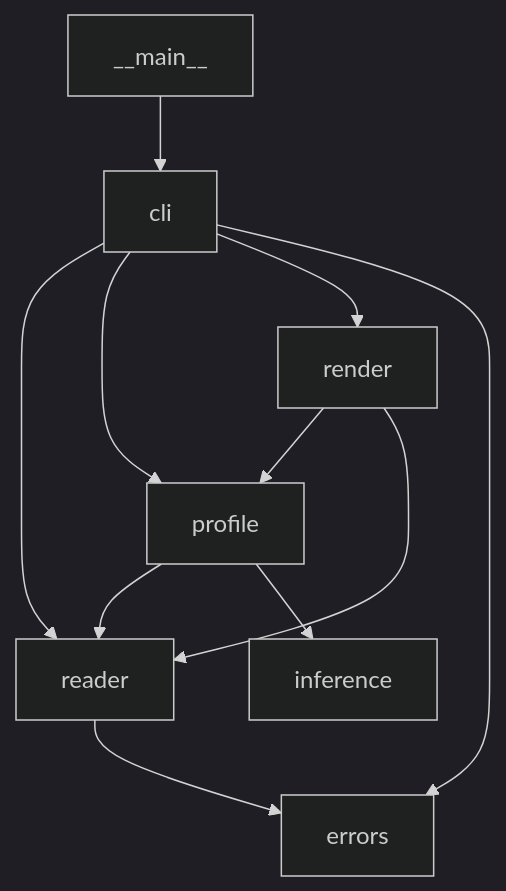
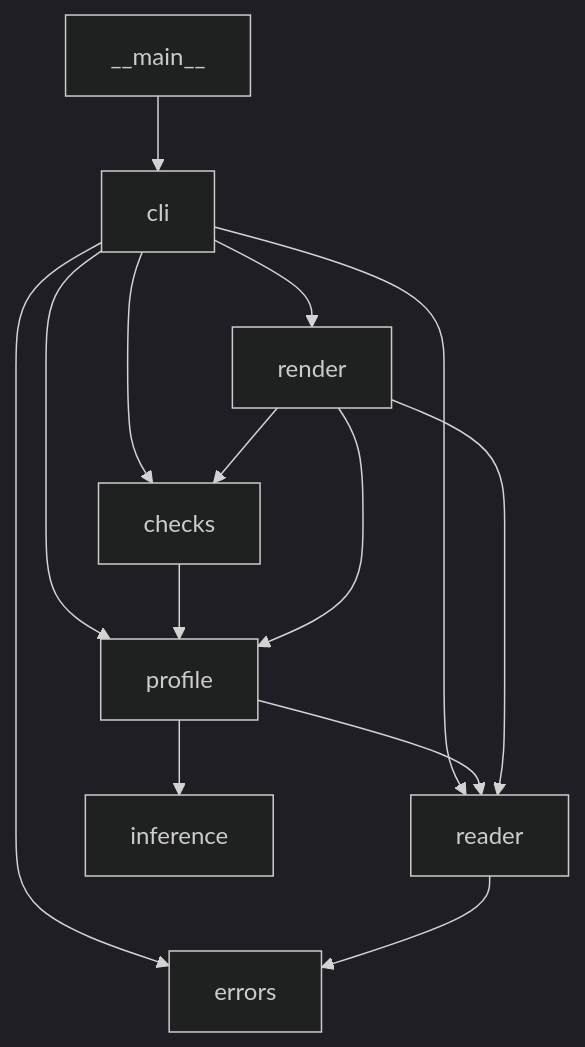
Before and after one commit to rodrix91/csv-quality-report: the diagram in README.md, drawn with Mermaid (dark theme). The commit also changed other lines of this file and 6 other files, not shown here.

````diff
--- a/README.md
+++ b/README.md
@@ -186,13 +205,16 @@
 ```mermaid
 flowchart TD
     main["__main__"] --> cli
     cli --> reader
     cli --> profile
     cli --> render
     cli --> errors
+    cli --> checks
+    checks --> profile
+    render --> checks
     reader --> errors
     profile --> reader
     profile --> inference
     render --> profile
     render --> reader
 ```
````
